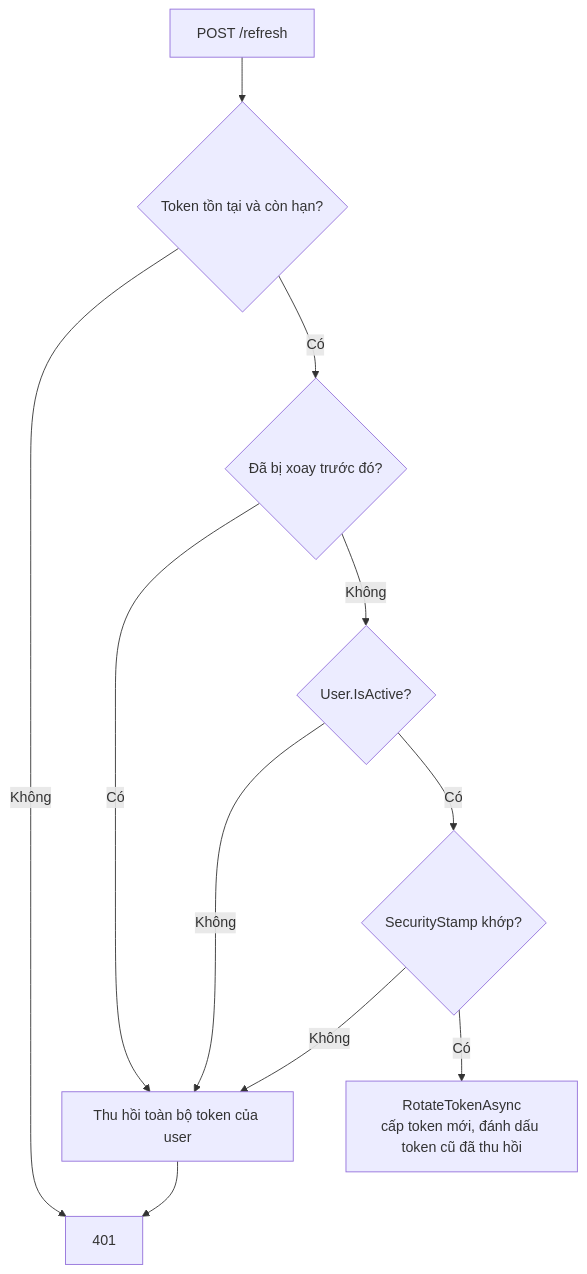
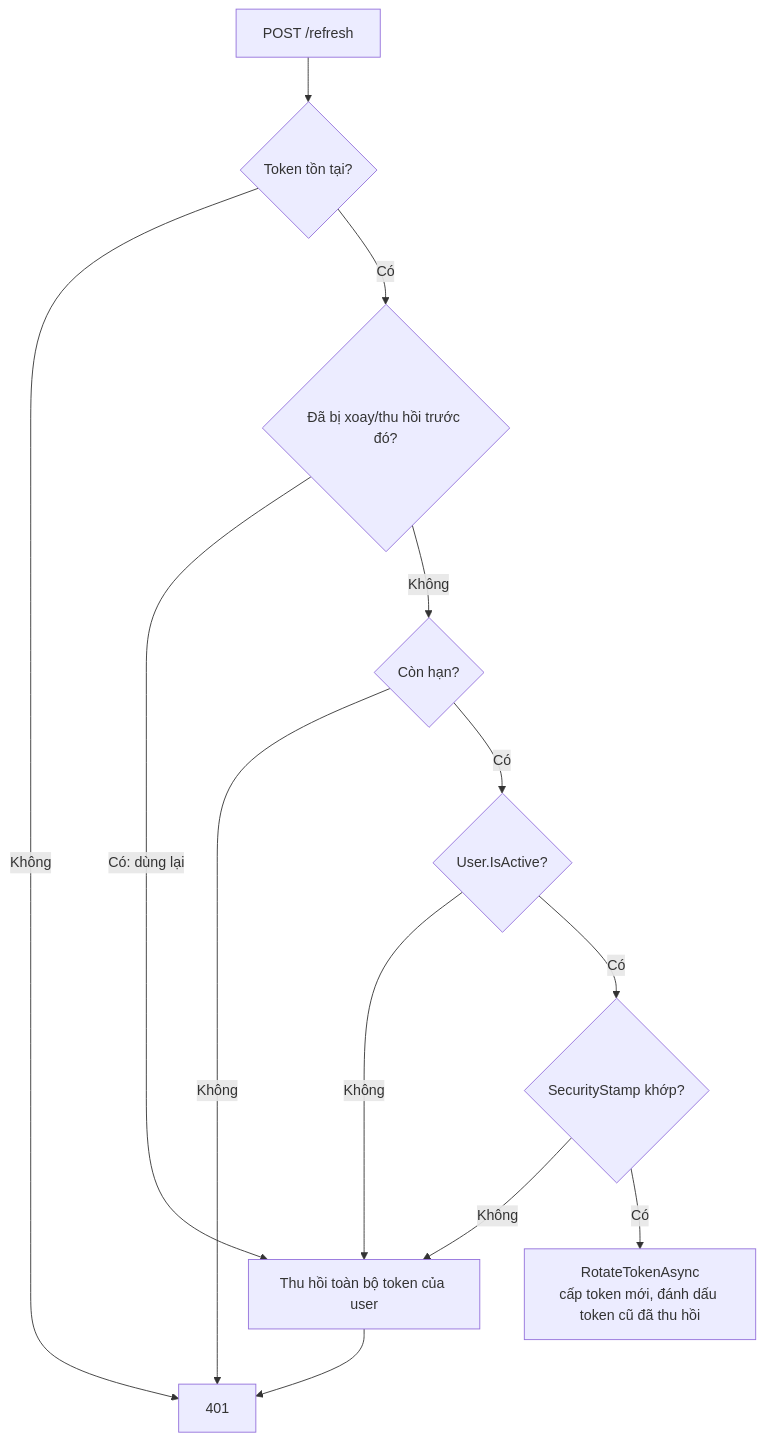
The diagram in docs/09-dotnet-backend-zero-to-senior/stage-03-aspnet-core-backend/module-10-authentication-authorization/10.12-mini-case-study.mdx (TienNHM/tiennhm.github.io), drawn with Mermaid before and after one commit. The commit also changed other lines of this file and 38 other files, not shown here.

````diff
--- a/docs/09-dotnet-backend-zero-to-senior/stage-03-aspnet-core-backend/module-10-authentication-authorization/10.12-mini-case-study.mdx
+++ b/docs/09-dotnet-backend-zero-to-senior/stage-03-aspnet-core-backend/module-10-authentication-authorization/10.12-mini-case-study.mdx
@@ -156,13 +170,15 @@
 ```mermaid
 flowchart TB
-    R["POST /refresh"] --> F{"Token tồn tại và còn hạn?"}
-    F -->|"Không"| X["401"]
-    F -->|"Có"| RV{"Đã bị xoay trước đó?"}
-    RV -->|"Có"| ALL["Thu hồi toàn bộ token của user"]
-    RV -->|"Không"| AC{"User.IsActive?"}
+    R["POST /refresh"] --> E{"Token tồn tại?"}
+    E -->|"Không"| X["401"]
+    E -->|"Có"| RV{"Đã bị xoay/thu hồi trước đó?"}
+    RV -->|"Có: dùng lại"| ALL["Thu hồi toàn bộ token của user"]
+    RV -->|"Không"| F{"Còn hạn?"}
+    F -->|"Không"| X
+    F -->|"Có"| AC{"User.IsActive?"}
     AC -->|"Không"| ALL
     AC -->|"Có"| SS{"SecurityStamp khớp?"}
     SS -->|"Không"| ALL
     SS -->|"Có"| ROT["RotateTokenAsync<br/>cấp token mới, đánh dấu token cũ đã thu hồi"]
     ALL --> X
 ```
````
